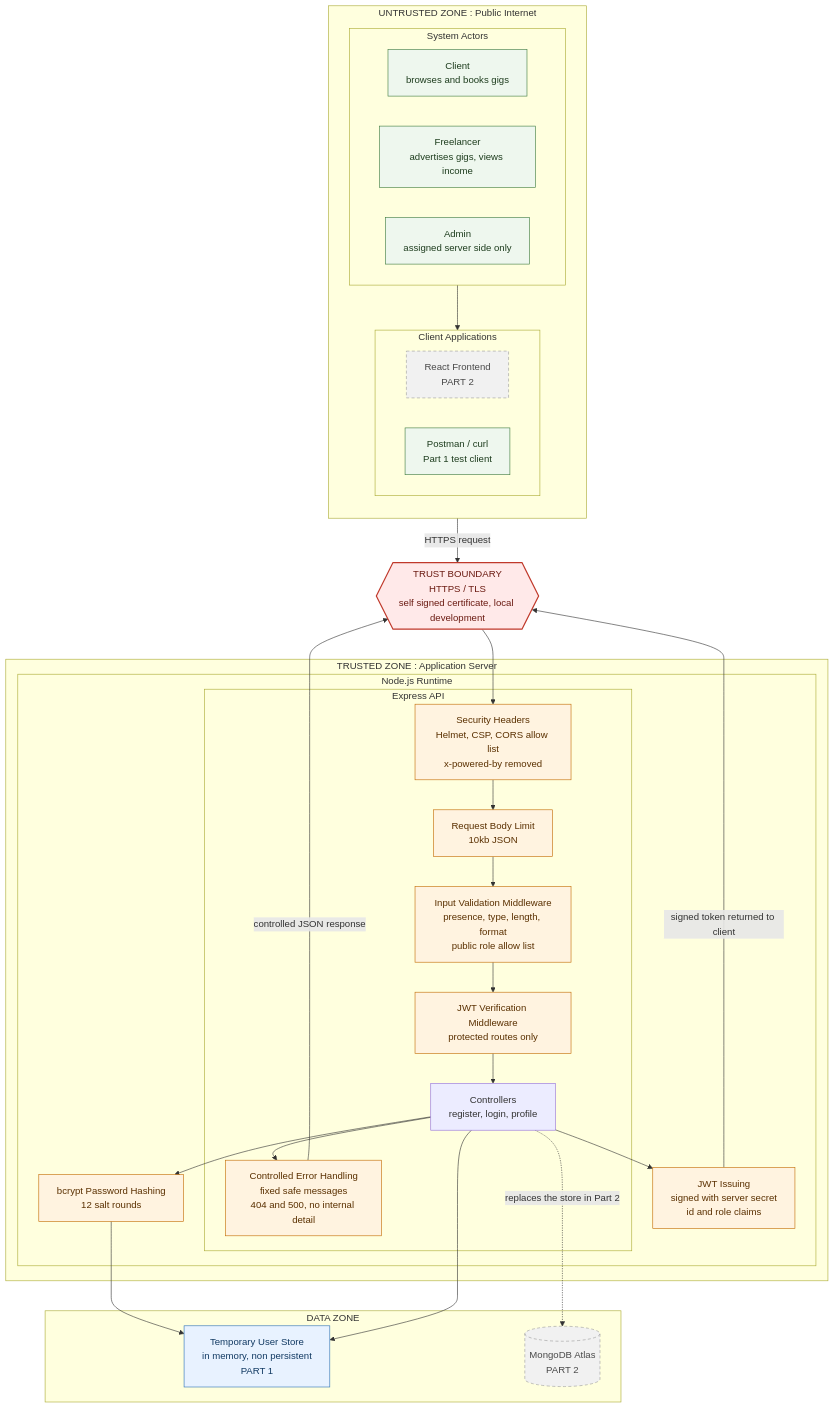
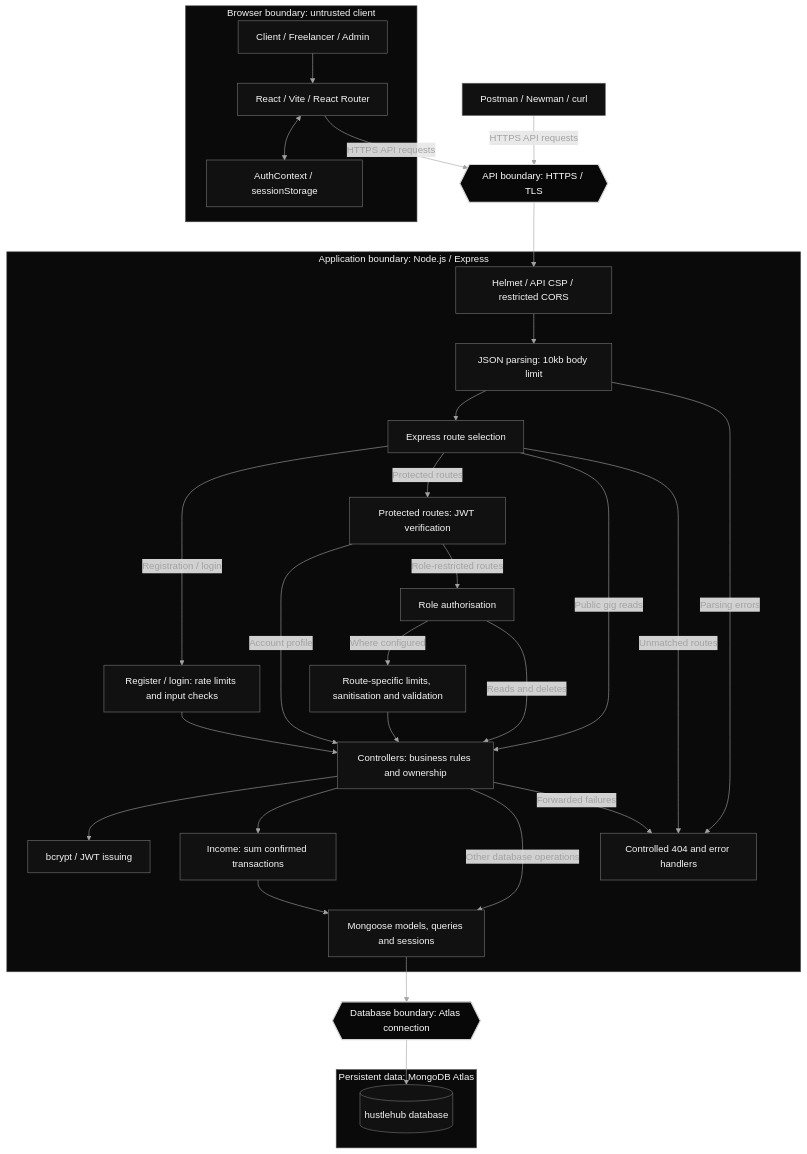
The diagram in docs/architecture/hustlehub-architecture.mmd (ST10437403-JamesMaherry/HustleHub-Plus), drawn with Mermaid before and after one commit. The commit also changed 1 other file, not shown here.

Commit message:
docs: update Part 2 architecture and trust boundaries

```diff
--- a/docs/architecture/hustlehub-architecture.mmd
+++ b/docs/architecture/hustlehub-architecture.mmd
@@ -1,66 +1,61 @@
 flowchart TB
-
-    subgraph UNTRUSTED["UNTRUSTED ZONE : Public Internet"]
-        direction TB
-
-        subgraph ACTORS["System Actors"]
-            CLIENT["Client<br/>browses and books gigs"]
-            FREELANCER["Freelancer<br/>advertises gigs, views income"]
-            ADMIN["Admin<br/>assigned server side only"]
-        end
-
-        subgraph CLIENTS["Client Applications"]
-            REACT["React Frontend<br/>PART 2"]
-            TOOLS["Postman / curl<br/>Part 1 test client"]
-        end
+    subgraph BROWSER["Browser boundary: untrusted client"]
+        ACTORS["Client / Freelancer / Admin"]
+        REACT["React / Vite / React Router"]
+        SESSION["AuthContext / sessionStorage"]
+        ACTORS --> REACT
+        REACT <--> SESSION
     end
 
-    TLS{{"TRUST BOUNDARY<br/>HTTPS / TLS<br/>self signed certificate, local development"}}
+    TOOLS["Postman / Newman / curl"]
+    HTTPS{{"API boundary: HTTPS / TLS"}}
 
-    subgraph TRUSTED["TRUSTED ZONE : Application Server"]
-        subgraph RUNTIME["Node.js Runtime"]
-            subgraph API["Express API"]
-                HEADERS["Security Headers<br/>Helmet, CSP, CORS allow list<br/>x-powered-by removed"]
-                LIMIT["Request Body Limit<br/>10kb JSON"]
-                VALIDATE["Input Validation Middleware<br/>presence, type, length, format<br/>public role allow list"]
-                JWTMW["JWT Verification Middleware<br/>protected routes only"]
-                CTRL["Controllers<br/>register, login, profile"]
-                ERRORS["Controlled Error Handling<br/>fixed safe messages<br/>404 and 500, no internal detail"]
-            end
-            BCRYPT["bcrypt Password Hashing<br/>12 salt rounds"]
-            JWTGEN["JWT Issuing<br/>signed with server secret<br/>id and role claims"]
-        end
+    subgraph SERVER["Application boundary: Node.js / Express"]
+        HEADERS["Helmet / API CSP / restricted CORS"]
+        BODY["JSON parsing: 10kb body limit"]
+        ROUTES["Express route selection"]
+        AUTH["Register / login: rate limits and input checks"]
+        JWT["Protected routes: JWT verification"]
+        RBAC["Role authorisation"]
+        INPUT["Route-specific limits, sanitisation and validation"]
+        CTRL["Controllers: business rules and ownership"]
+        CREDENTIALS["bcrypt / JWT issuing"]
+        INCOME["Income: sum confirmed transactions"]
+        MONGOOSE["Mongoose models, queries and sessions"]
+        ERRORS["Controlled 404 and error handlers"]
+
+        HEADERS --> BODY --> ROUTES
+        ROUTES -->|"Registration / login"| AUTH
+        ROUTES -->|"Protected routes"| JWT
+        ROUTES -->|"Public gig reads"| CTRL
+        AUTH --> CTRL
+        JWT -->|"Account profile"| CTRL
+        JWT -->|"Role-restricted routes"| RBAC
+        RBAC -->|"Where configured"| INPUT
+        RBAC -->|"Reads and deletes"| CTRL
+        INPUT --> CTRL
+        CTRL --> CREDENTIALS
+        CTRL --> INCOME --> MONGOOSE
+        CTRL -->|"Other database operations"| MONGOOSE
+        BODY -->|"Parsing errors"| ERRORS
+        ROUTES -->|"Unmatched routes"| ERRORS
+        CTRL -->|"Forwarded failures"| ERRORS
     end
 
-    subgraph DATA["DATA ZONE"]
-        STORE["Temporary User Store<br/>in memory, non persistent<br/>PART 1"]
-        MONGO[("MongoDB Atlas<br/>PART 2")]
+    DBBOUNDARY{{"Database boundary: Atlas connection"}}
+    subgraph DATA["Persistent data: MongoDB Atlas"]
+        MONGO[("hustlehub database")]
     end
 
-    ACTORS --> CLIENTS
-    CLIENTS -->|"HTTPS request"| TLS
-    TLS --> HEADERS
-    HEADERS --> LIMIT
-    LIMIT --> VALIDATE
-    VALIDATE --> JWTMW
-    JWTMW --> CTRL
-    CTRL --> BCRYPT
-    CTRL --> JWTGEN
-    BCRYPT --> STORE
-    CTRL --> STORE
-    CTRL -.->|"replaces the store in Part 2"| MONGO
-    CTRL --> ERRORS
-    ERRORS -->|"controlled JSON response"| TLS
-    JWTGEN -->|"signed token returned to client"| TLS
+    REACT -->|"HTTPS API requests"| HTTPS
+    TOOLS -->|"HTTPS API requests"| HTTPS
+    HTTPS --> HEADERS
+    MONGOOSE --> DBBOUNDARY --> MONGO
 
-    classDef future fill:#f1f1f1,stroke:#9a9a9a,stroke-width:1px,stroke-dasharray:5 4,color:#4a4a4a
-    classDef security fill:#fff3e0,stroke:#c26a00,stroke-width:1px,color:#5a3000
-    classDef boundary fill:#ffe9e9,stroke:#c0392b,stroke-width:2px,color:#6b1b12
-    classDef store fill:#e8f2ff,stroke:#2a6fb5,stroke-width:1px,color:#123a63
-    classDef actor fill:#eef7ee,stroke:#3d7a3d,stroke-width:1px,color:#1e3d1e
-
-    class REACT,MONGO future
-    class HEADERS,LIMIT,VALIDATE,JWTMW,ERRORS,BCRYPT,JWTGEN security
-    class TLS boundary
-    class STORE store
-    class CLIENT,FREELANCER,ADMIN,TOOLS actor
+    classDef default fill:#111111,stroke:#737373,color:#f5f5f5
+    classDef boundary fill:#080808,stroke:#d4d4d4,stroke-width:2px,color:#ffffff
+    class HTTPS,DBBOUNDARY boundary
+    style BROWSER fill:#0a0a0a,stroke:#525252,color:#f5f5f5
+    style SERVER fill:#0a0a0a,stroke:#525252,color:#f5f5f5
+    style DATA fill:#0a0a0a,stroke:#525252,color:#f5f5f5
+    linkStyle default stroke:#a3a3a3,color:#a3a3a3
```
